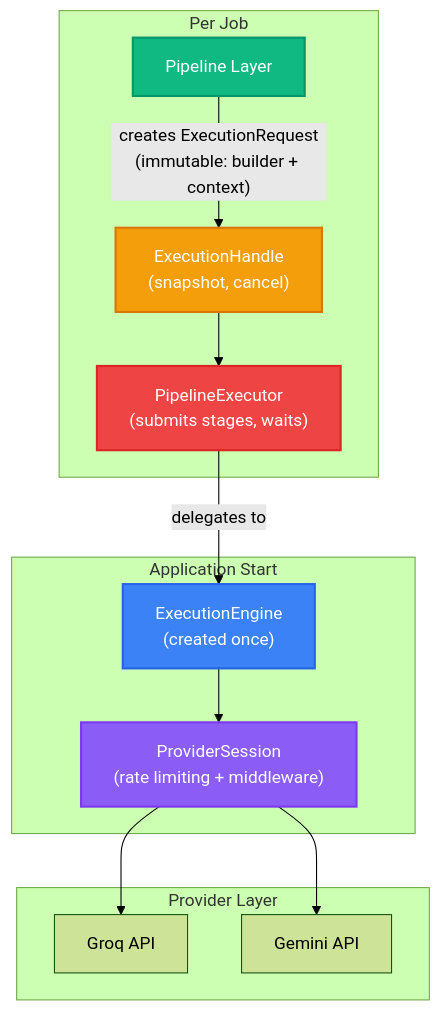
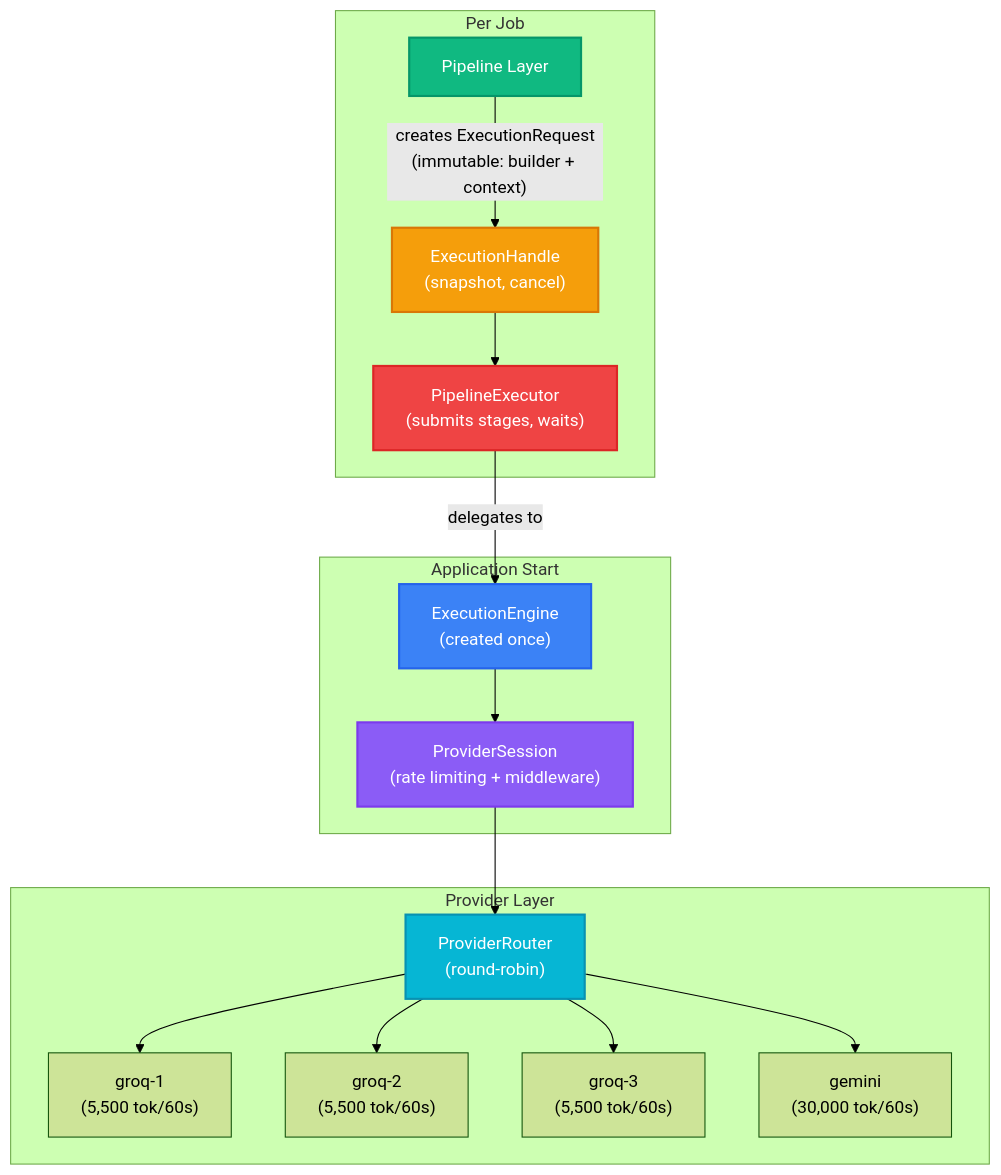
One commit to samm329-ui/Trimora_v2 changed the third of 13 diagrams in README.md. Above: the diagram before and after it, drawn with Mermaid (forest theme). The commit also changed other lines of this file, not shown here.

Commit message:
docs: update README with ProviderRouter architecture and multi-key config

````diff
--- a/README.md
+++ b/README.md
@@ -183,26 +193,30 @@
 ```mermaid
 flowchart TB
     subgraph App ["Application Start"]
         ENGINE["ExecutionEngine\n(created once)"]
         SESSION["ProviderSession\n(rate limiting + middleware)"]
         ENGINE --> SESSION
     end
 
     subgraph Pipeline ["Per Job"]
         PL["Pipeline Layer"]
         PL -->|"creates ExecutionRequest\n(immutable: builder + context)"| HANDLE["ExecutionHandle\n(snapshot, cancel)"]
         HANDLE --> EXEC["PipelineExecutor\n(submits stages, waits)"]
         EXEC -->|"delegates to"| ENGINE
     end
 
     subgraph Providers ["Provider Layer"]
-        SESSION --> GROQ["Groq API"]
-        SESSION --> GEMINI["Gemini API"]
+        SESSION --> ROUTER["ProviderRouter\n(round-robin)"]
+        ROUTER --> GROQ1["groq-1\n(5,500 tok/60s)"]
+        ROUTER --> GROQ2["groq-2\n(5,500 tok/60s)"]
+        ROUTER --> GROQ3["groq-3\n(5,500 tok/60s)"]
+        ROUTER --> GEMINI["gemini\n(30,000 tok/60s)"]
     end
 
     style ENGINE fill:#3b82f6,color:#fff,stroke:#2563eb,stroke-width:2px
     style SESSION fill:#8b5cf6,color:#fff,stroke:#7c3aed,stroke-width:2px
     style PL fill:#10b981,color:#fff,stroke:#059669,stroke-width:2px
     style HANDLE fill:#f59e0b,color:#fff,stroke:#d97706,stroke-width:2px
     style EXEC fill:#ef4444,color:#fff,stroke:#dc2626,stroke-width:2px
+    style ROUTER fill:#06b6d4,color:#fff,stroke:#0891b2,stroke-width:2px
 ```
````
